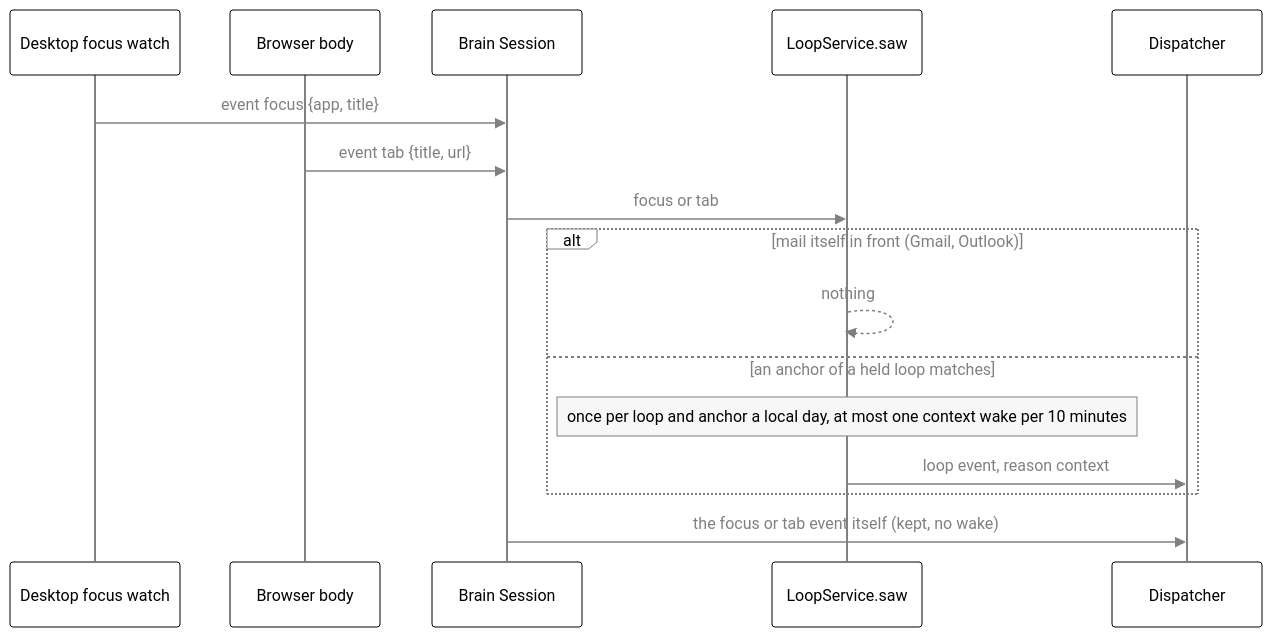
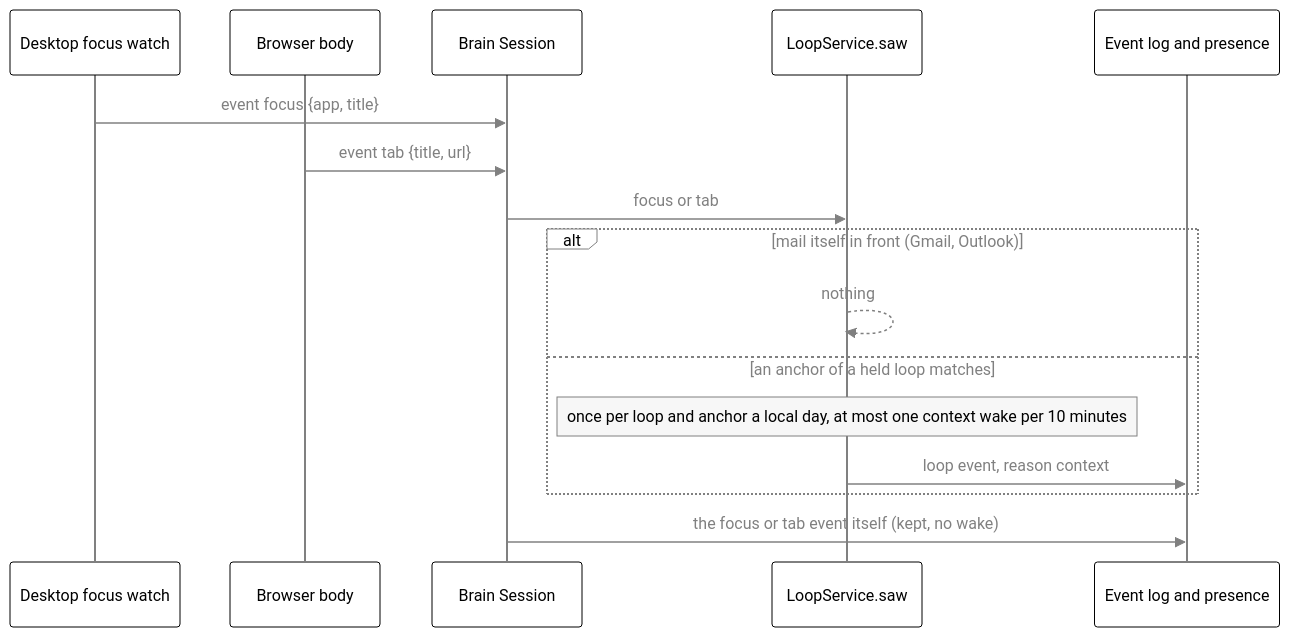
The sixth of 6 diagrams in docs/sight.md (nadeem4/tagalong), drawn with Mermaid before and after one commit. The commit also changed 49 other files, not shown here.

````diff
--- a/docs/sight.md
+++ b/docs/sight.md
@@ -437,19 +437,19 @@
 ```mermaid
 %%{init: {"theme": "base", "themeVariables": {"primaryColor": "#ffffff", "primaryTextColor": "#000000", "primaryBorderColor": "#000000", "lineColor": "#808080", "arrowheadColor": "#808080", "secondaryColor": "#f2f2f2", "tertiaryColor": "#ffffff", "clusterBkg": "#f7f7f7", "clusterBorder": "#808080", "edgeLabelBackground": "#ffffff", "titleColor": "#808080", "actorBkg": "#ffffff", "actorBorder": "#000000", "actorTextColor": "#000000", "actorLineColor": "#808080", "signalColor": "#808080", "signalTextColor": "#808080", "sequenceNumberColor": "#ffffff", "labelBoxBkgColor": "#ffffff", "labelBoxBorderColor": "#808080", "labelTextColor": "#000000", "loopTextColor": "#808080", "noteBkgColor": "#f7f7f7", "noteBorderColor": "#808080", "noteTextColor": "#000000", "activationBkgColor": "#f7f7f7", "activationBorderColor": "#808080", "fontFamily": "Segoe UI, Helvetica, Arial, sans-serif"}}}%%
 sequenceDiagram
   participant D as Desktop focus watch
   participant X as Browser body
   participant S as Brain Session
   participant L as LoopService.saw
-  participant Q as Dispatcher
+  participant Q as Event log and presence
   D->>S: event focus {app, title}
   X->>S: event tab {title, url}
   S->>L: focus or tab
   alt mail itself in front (Gmail, Outlook)
     L-->>L: nothing
   else an anchor of a held loop matches
     Note over L: once per loop and anchor a local day, at most one context wake per 10 minutes
     L->>Q: loop event, reason context
   end
   S->>Q: the focus or tab event itself (kept, no wake)
 ```
````
